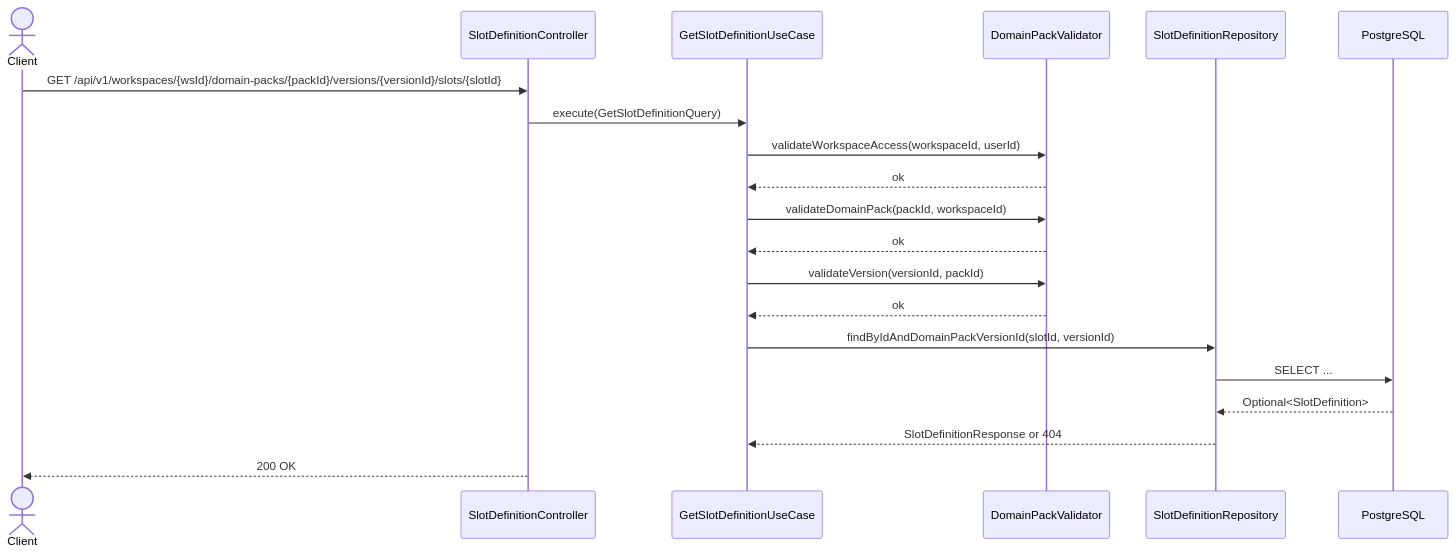
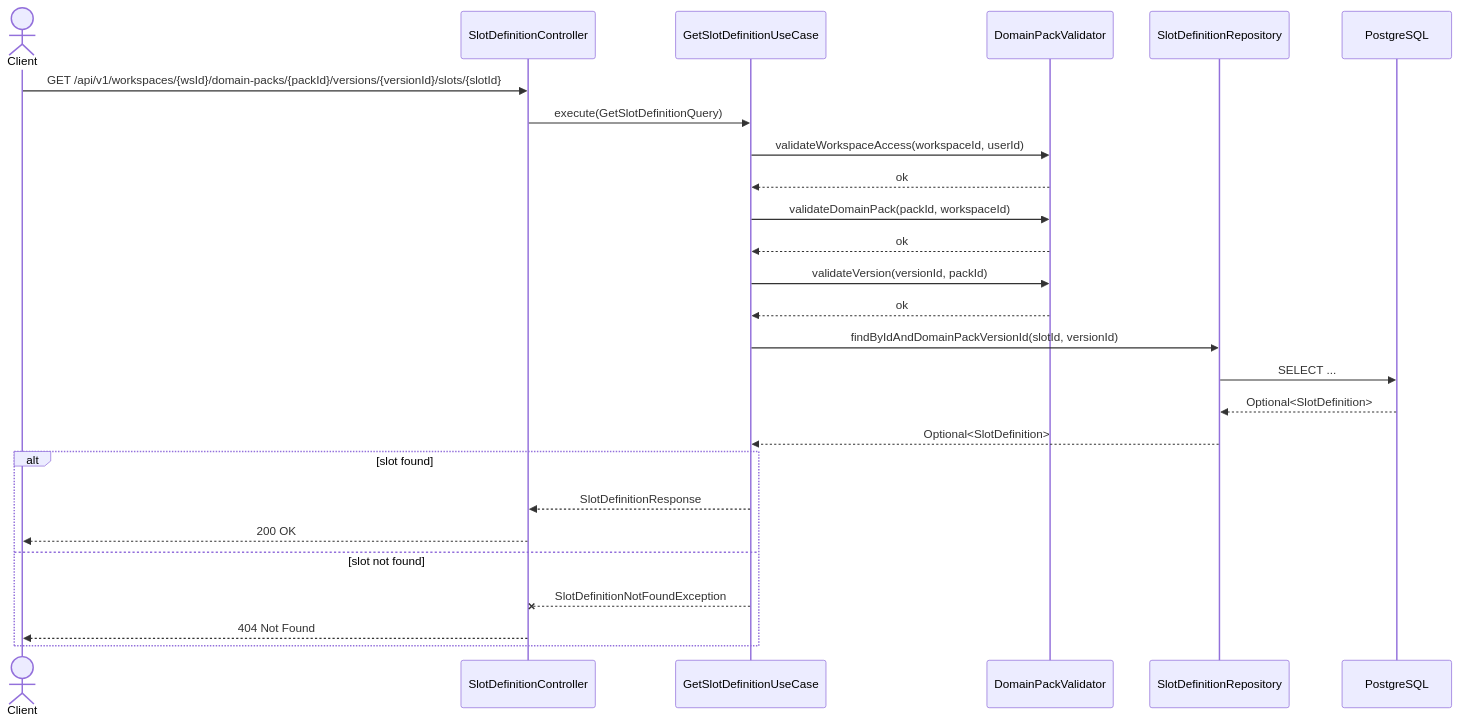
One commit to ajou-2026-1-capstone-5/ostone changed the second of 3 diagrams in .agent/specs/3211.md. Above: the diagram before and after it, drawn with Mermaid. The commit also changed 3 other files, not shown here.

First line of the commit message:
fix(domain-pack): correct spec diagram, assignParent null-guard, and duplicate test

````diff
--- a/.agent/specs/3211.md
+++ b/.agent/specs/3211.md
@@ -40,23 +40,29 @@
 ```mermaid
 sequenceDiagram
     actor c as Client
     participant ctrl as SlotDefinitionController
     participant uc as GetSlotDefinitionUseCase
     participant v as DomainPackValidator
     participant repo as SlotDefinitionRepository
     participant db as PostgreSQL
 
     c ->> ctrl: GET /api/v1/workspaces/{wsId}/domain-packs/{packId}/versions/{versionId}/slots/{slotId}
     ctrl ->> uc: execute(GetSlotDefinitionQuery)
     uc ->> v: validateWorkspaceAccess(workspaceId, userId)
     v -->> uc: ok
     uc ->> v: validateDomainPack(packId, workspaceId)
     v -->> uc: ok
     uc ->> v: validateVersion(versionId, packId)
     v -->> uc: ok
     uc ->> repo: findByIdAndDomainPackVersionId(slotId, versionId)
     repo ->> db: SELECT ...
     db -->> repo: Optional<SlotDefinition>
-    repo -->> uc: SlotDefinitionResponse or 404
-    ctrl -->> c: 200 OK
+    repo -->> uc: Optional<SlotDefinition>
+    alt slot found
+        uc -->> ctrl: SlotDefinitionResponse
+        ctrl -->> c: 200 OK
+    else slot not found
+        uc --x ctrl: SlotDefinitionNotFoundException
+        ctrl -->> c: 404 Not Found
+    end
 ```
````
